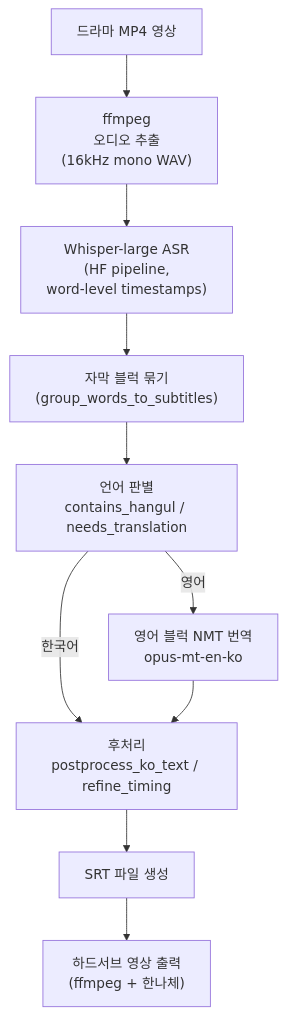
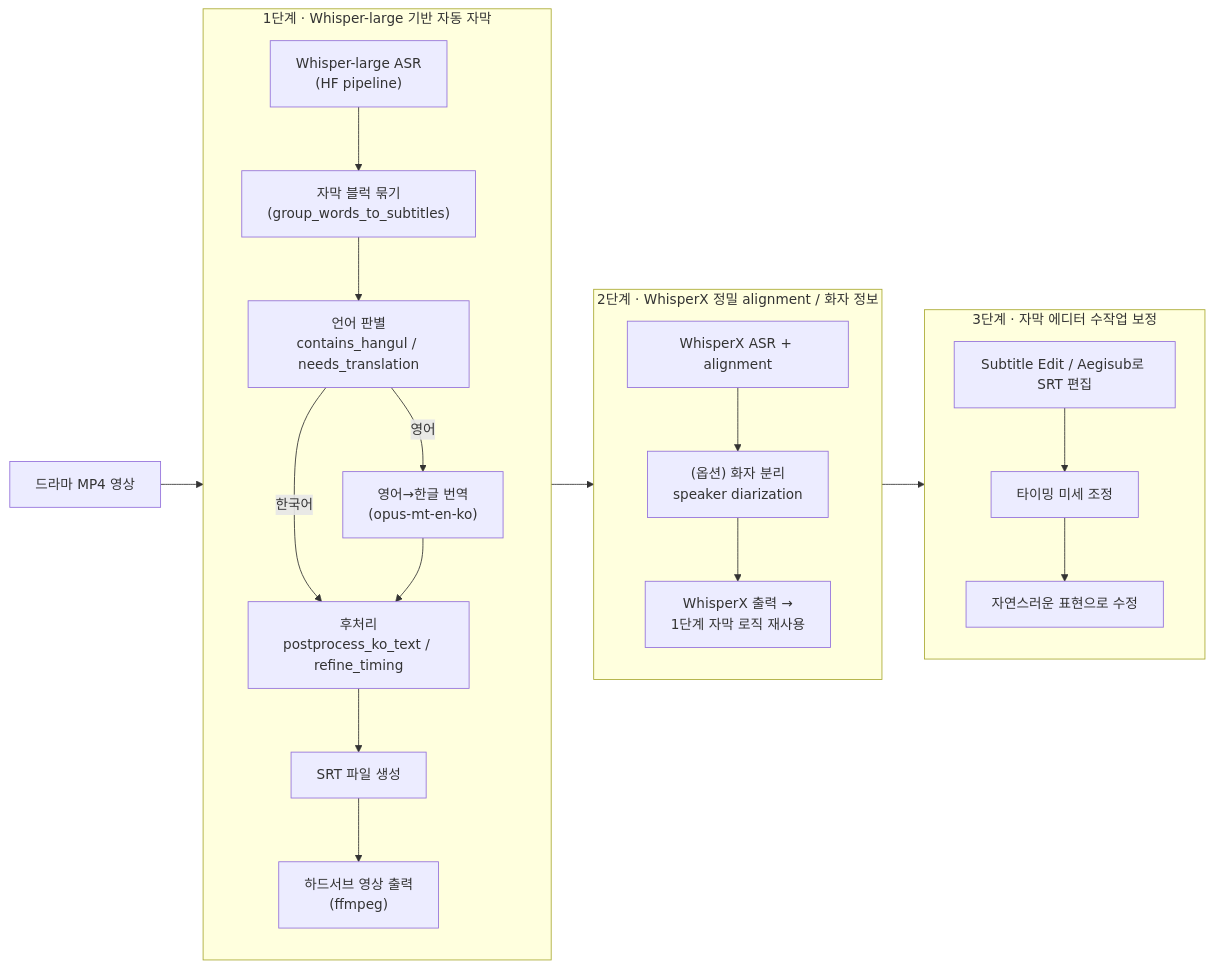
Before and after one commit to iijfy/NLP_Whisper_video_to_txt: the first of 2 diagrams in README.md, drawn with Mermaid.

````diff
--- a/README.md
+++ b/README.md
@@ -5,20 +5,43 @@
 ```mermaid
-flowchart TB
-    V["드라마 MP4 영상"]
-    F1["ffmpeg<br/>오디오 추출<br/>(16kHz mono WAV)"]
-    W["Whisper-large ASR<br/>(HF pipeline,<br/>word-level timestamps)"]
+flowchart LR
+    A["드라마 MP4 영상"]
 
-    G["자막 블럭 묶기<br/>(group_words_to_subtitles)"]
-    D["언어 판별<br/>contains_hangul / needs_translation"]
-    T["영어 블럭 NMT 번역<br/>opus-mt-en-ko"]
+    subgraph STAGE1["1단계 · Whisper-large 기반 자동 자막"]
+        direction TB
 
-    P["후처리<br/>postprocess_ko_text / refine_timing"]
-    S["SRT 파일 생성"]
-    O["하드서브 영상 출력<br/>(ffmpeg + 한나체)"]
+        V1["Whisper-large ASR<br/>(HF pipeline)"]
+        G1["자막 블럭 묶기<br/>(group_words_to_subtitles)"]
+        D1["언어 판별<br/>contains_hangul / needs_translation"]
+        T1["영어→한글 번역<br/>(opus-mt-en-ko)"]
+        P1["후처리<br/>postprocess_ko_text / refine_timing"]
+        S1["SRT 파일 생성"]
+        O1["하드서브 영상 출력<br/>(ffmpeg)"]
 
-    V --> F1 --> W
-    W --> G --> D
-    D -->|"한국어"| P
-    D -->|"영어"| T --> P
-    P --> S --> O
+        V1 --> G1 --> D1
+        D1 -->|"한국어"| P1
+        D1 -->|"영어"| T1 --> P1
+        P1 --> S1 --> O1
+    end
+
+    subgraph STAGE2["2단계 · WhisperX 정밀 alignment / 화자 정보"]
+        direction TB
+
+        XW["WhisperX ASR + alignment"]
+        XS["(옵션) 화자 분리<br/>speaker diarization"]
+        XU["WhisperX 출력 →<br/>1단계 자막 로직 재사용"]
+        XW --> XS --> XU
+    end
+
+    subgraph STAGE3["3단계 · 자막 에디터 수작업 보정"]
+        direction TB
+
+        E1["Subtitle Edit / Aegisub로 SRT 편집"]
+        E2["타이밍 미세 조정"]
+        E3["자연스러운 표현으로 수정"]
+        E1 --> E2 --> E3
+    end
+
+    A --> STAGE1
+    STAGE1 --> STAGE2
+    STAGE2 --> STAGE3
 ```
````
